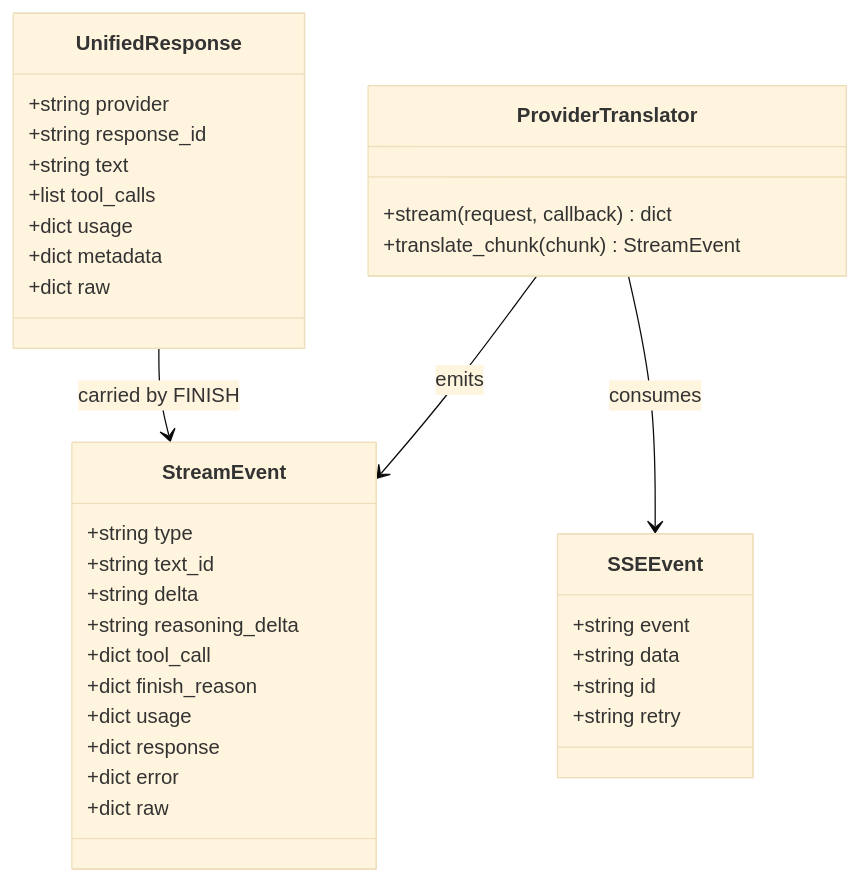
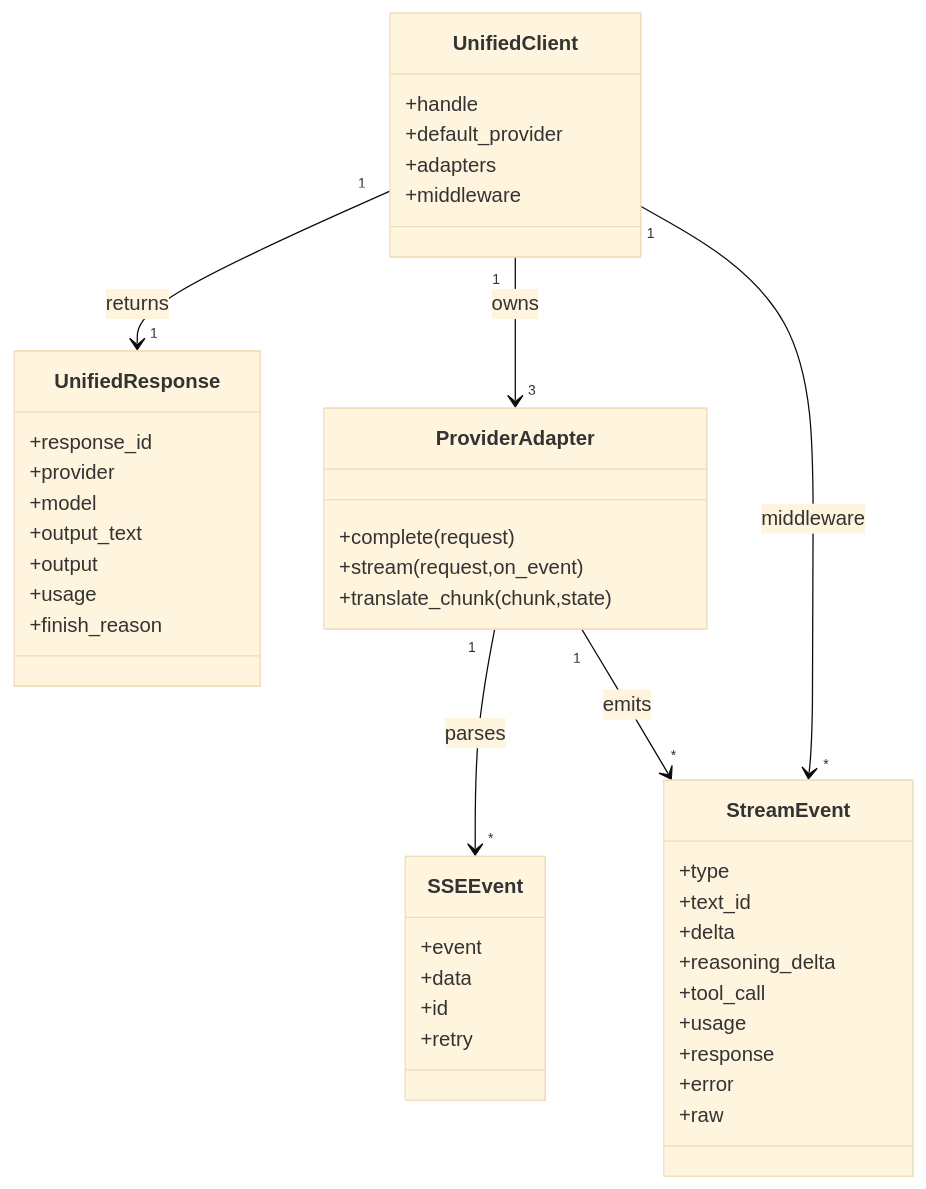
The first of 5 diagrams in docs/sprints/SPRINT-005-comprehensive-implementation-plan.md (jaytaylor/attractor-tcl), drawn with Mermaid (base theme) before and after one commit. The commit also changed other lines of this file, not shown here.

Commit message:
docs(sprint-005): mark comprehensive implementation plan complete with evidence

````diff
--- a/docs/sprints/SPRINT-005-comprehensive-implementation-plan.md
+++ b/docs/sprints/SPRINT-005-comprehensive-implementation-plan.md
@@ -1230,41 +826,46 @@
 ```mermaid
 classDiagram
+  class UnifiedClient {
+    +handle
+    +default_provider
+    +adapters
+    +middleware
+  }
   class StreamEvent {
-    +string type
-    +string text_id
-    +string delta
-    +string reasoning_delta
-    +dict tool_call
-    +dict finish_reason
-    +dict usage
-    +dict response
-    +dict error
-    +dict raw
+    +type
+    +text_id
+    +delta
+    +reasoning_delta
+    +tool_call
+    +usage
+    +response
+    +error
+    +raw
+  }
+  class UnifiedResponse {
+    +response_id
+    +provider
+    +model
+    +output_text
+    +output
+    +usage
+    +finish_reason
+  }
+  class ProviderAdapter {
+    +complete(request)
+    +stream(request,on_event)
+    +translate_chunk(chunk,state)
+  }
+  class SSEEvent {
+    +event
+    +data
+    +id
+    +retry
   }
 
-  class UnifiedResponse {
-    +string provider
-    +string response_id
-    +string text
-    +list tool_calls
-    +dict usage
-    +dict metadata
-    +dict raw
-  }
-
-  class ProviderTranslator {
-    +stream(request, callback) dict
-    +translate_chunk(chunk) StreamEvent
-  }
-
-  class SSEEvent {
-    +string event
-    +string data
-    +string id
-    +string retry
-  }
-
-  ProviderTranslator --> SSEEvent : consumes
-  ProviderTranslator --> StreamEvent : emits
-  UnifiedResponse --> StreamEvent : carried by FINISH
+  UnifiedClient "1" --> "3" ProviderAdapter : owns
+  ProviderAdapter "1" --> "*" SSEEvent : parses
+  ProviderAdapter "1" --> "*" StreamEvent : emits
+  UnifiedClient "1" --> "*" StreamEvent : middleware
+  UnifiedClient "1" --> "1" UnifiedResponse : returns
 ```
````
